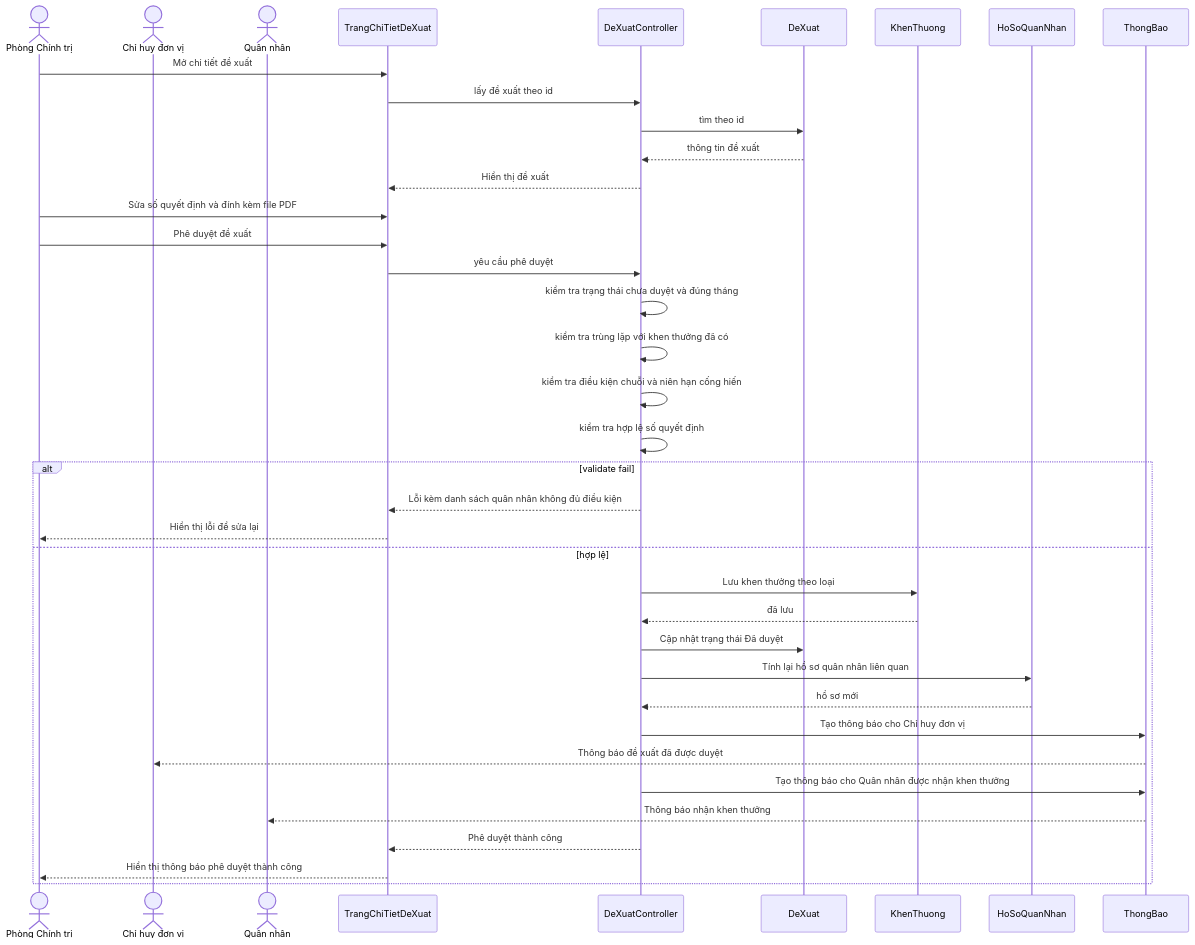
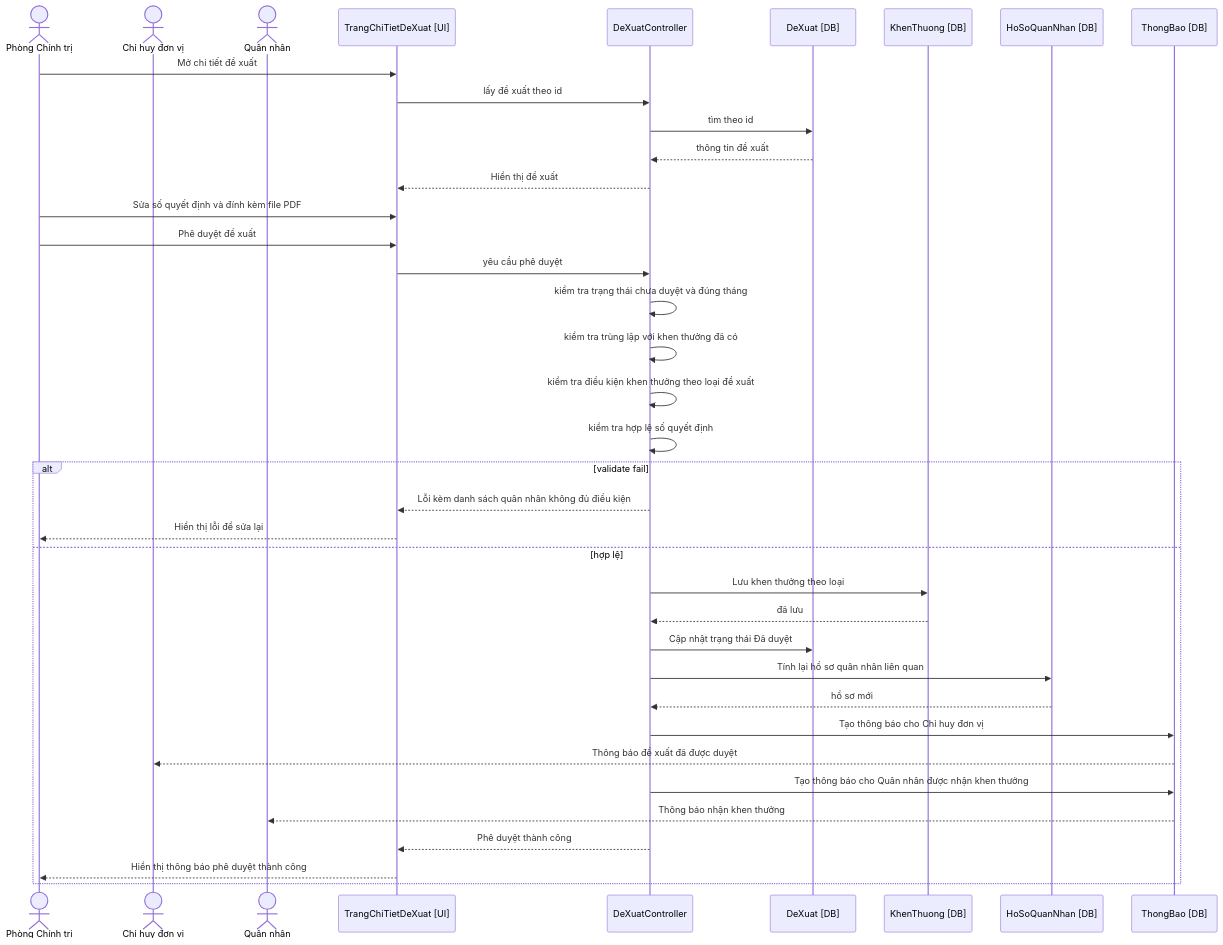
The third of 8 diagrams in docs/diagrams/05-sequence.md (tranducbk/DATN_PM_QLKT), drawn with Mermaid before and after one commit. The commit also changed other lines of this file and 29 other files, not shown here.

First line of the commit message:
Update CLAUDE.md with additional validation rules and introduce new database schema

````diff
--- a/docs/diagrams/05-sequence.md
+++ b/docs/diagrams/05-sequence.md
@@ -69,45 +69,45 @@
 ```mermaid
 sequenceDiagram
     actor ADM as Phòng Chính trị
     actor MGR as Chỉ huy đơn vị
     actor QN as Quân nhân
-    participant Page as TrangChiTietDeXuat
+    participant Page as TrangChiTietDeXuat [UI]
     participant Ctrl as DeXuatController
-    participant DX as DeXuat
-    participant KT as KhenThuong
-    participant HS as HoSoQuanNhan
-    participant TB as ThongBao
+    participant DX as DeXuat [DB]
+    participant KT as KhenThuong [DB]
+    participant HS as HoSoQuanNhan [DB]
+    participant TB as ThongBao [DB]
 
     ADM->>Page: Mở chi tiết đề xuất
     Page->>Ctrl: lấy đề xuất theo id
     Ctrl->>DX: tìm theo id
     DX-->>Ctrl: thông tin đề xuất
     Ctrl-->>Page: Hiển thị đề xuất
 
     ADM->>Page: Sửa số quyết định và đính kèm file PDF
     ADM->>Page: Phê duyệt đề xuất
     Page->>Ctrl: yêu cầu phê duyệt
     Ctrl->>Ctrl: kiểm tra trạng thái chưa duyệt và đúng tháng
     Ctrl->>Ctrl: kiểm tra trùng lặp với khen thưởng đã có
-    Ctrl->>Ctrl: kiểm tra điều kiện chuỗi và niên hạn cống hiến
+    Ctrl->>Ctrl: kiểm tra điều kiện khen thưởng theo loại đề xuất
     Ctrl->>Ctrl: kiểm tra hợp lệ số quyết định
 
     alt validate fail
         Ctrl-->>Page: Lỗi kèm danh sách quân nhân không đủ điều kiện
         Page-->>ADM: Hiển thị lỗi để sửa lại
     else hợp lệ
         Ctrl->>KT: Lưu khen thưởng theo loại
         KT-->>Ctrl: đã lưu
         Ctrl->>DX: Cập nhật trạng thái Đã duyệt
         Ctrl->>HS: Tính lại hồ sơ quân nhân liên quan
         HS-->>Ctrl: hồ sơ mới
 
         Ctrl->>TB: Tạo thông báo cho Chỉ huy đơn vị
         TB-->>MGR: Thông báo đề xuất đã được duyệt
         Ctrl->>TB: Tạo thông báo cho Quân nhân được nhận khen thưởng
         TB-->>QN: Thông báo nhận khen thưởng
 
         Ctrl-->>Page: Phê duyệt thành công
         Page-->>ADM: Hiển thị thông báo phê duyệt thành công
     end
 ```
````
